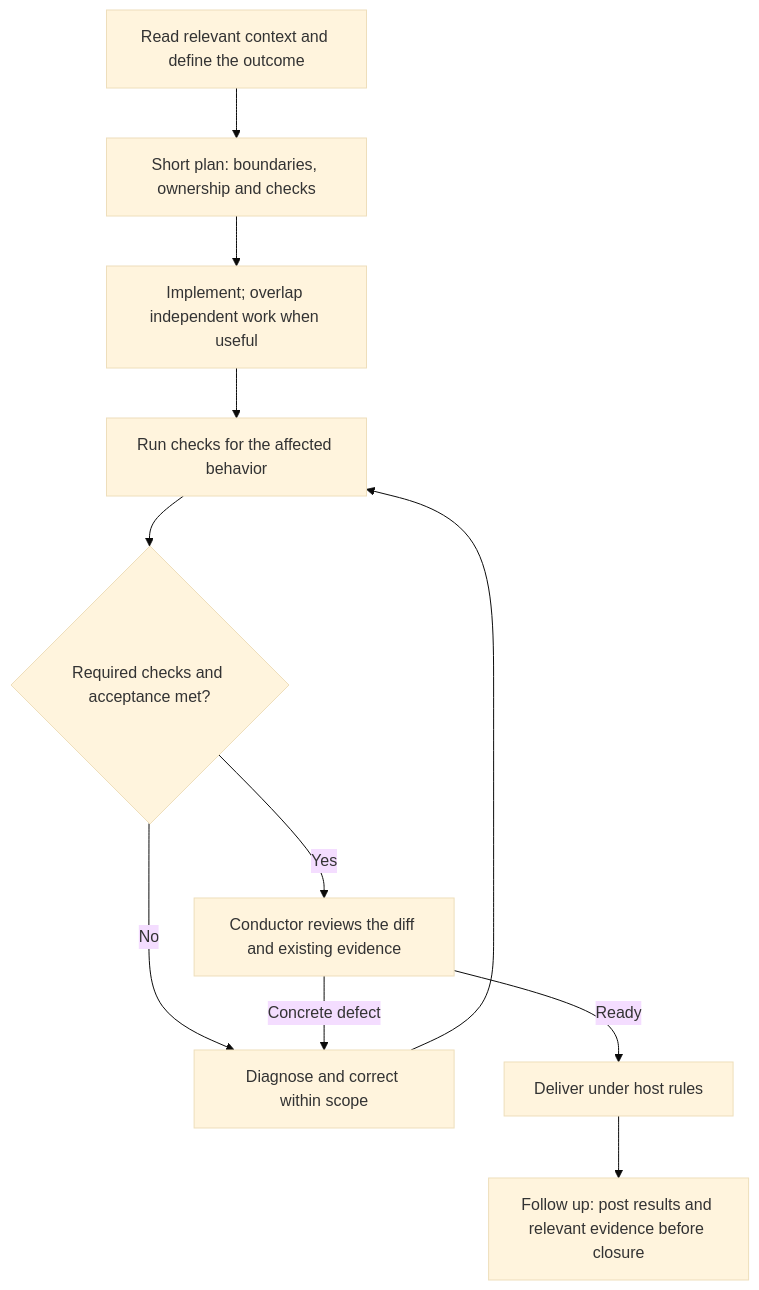
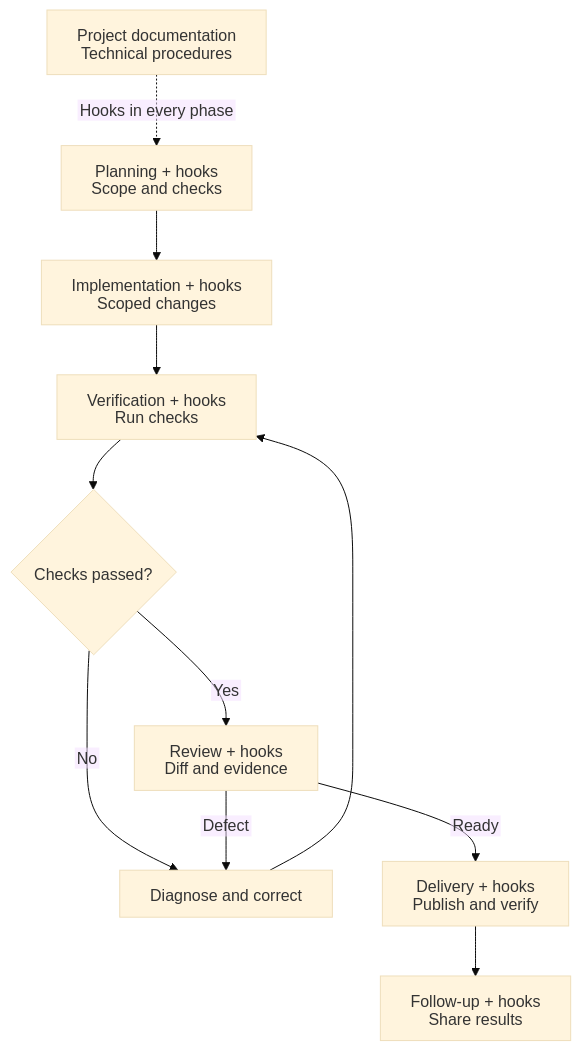
The second of 2 diagrams in README.md (DasKrokodil/dirigenten-och-orkestern), drawn with Mermaid (base theme) before and after one commit. The commit also changed other lines of this file and 4 other files, not shown here.

Commit message:
docs: fit README diagram labels and visualize phase hooks

````diff
--- a/README.md
+++ b/README.md
@@ -41,13 +42,14 @@
 ```mermaid
+%%{init: {"htmlLabels": false}}%%
 flowchart TD
-    scope["Read relevant context and define the outcome"] --> plan["Short plan: boundaries, ownership and checks"]
-    plan --> work["Implement; overlap independent work when useful"]
-    work --> verify["Run checks for the affected behavior"]
-    verify --> passed{"Required checks and acceptance met?"}
-    passed -- "No" --> correct["Diagnose and correct within scope"]
+    project["Project documentation<br/>Technical procedures"] -. "Hooks in every phase" .-> plan
+    plan["Planning + hooks<br/>Scope and checks"] --> work["Implementation + hooks<br/>Scoped changes"]
+    work --> verify["Verification + hooks<br/>Run checks"]
+    verify --> passed{"Checks passed?"}
+    passed -- "No" --> correct["Diagnose and correct"]
     correct --> verify
-    passed -- "Yes" --> review["Conductor reviews the diff and existing evidence"]
-    review -- "Concrete defect" --> correct
-    review -- "Ready" --> deliver["Deliver under host rules"]
-    deliver --> followup["Follow up: post results and relevant evidence before closure"]
+    passed -- "Yes" --> review["Review + hooks<br/>Diff and evidence"]
+    review -- "Defect" --> correct
+    review -- "Ready" --> deliver["Delivery + hooks<br/>Publish and verify"]
+    deliver --> followup["Follow-up + hooks<br/>Share results"]
 ```
````
